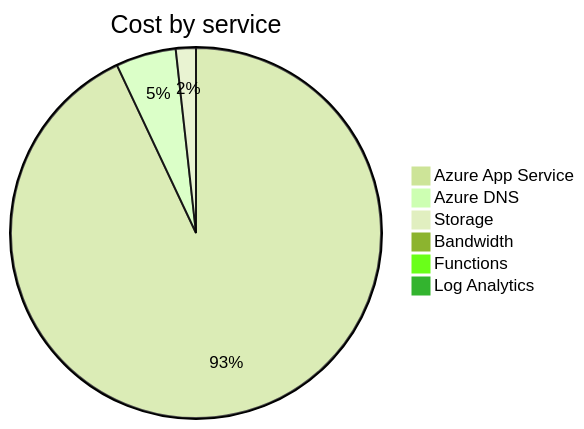
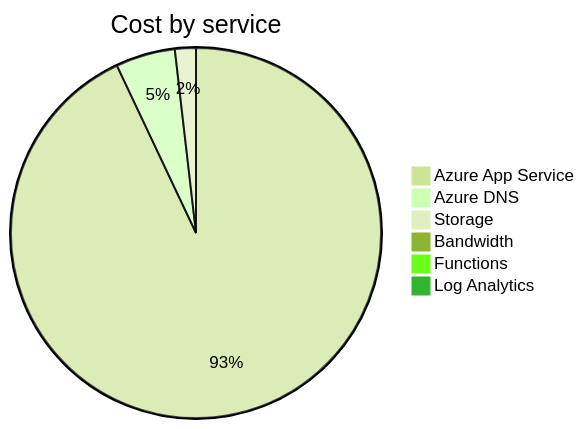
Before and after one commit to jpfulton/azure-personal-reports: the second of 4 diagrams in cost-reports/accumulated-cost.md, drawn with Mermaid (forest theme). The commit also changed other lines of this file and 4 other files, not shown here.

````diff
--- a/cost-reports/accumulated-cost.md
+++ b/cost-reports/accumulated-cost.md
@@ -100,10 +100,10 @@
 ```mermaid
 pie
    title Cost by service
-   "Azure App Service" : 5.84
-   "Azure DNS" : 0.33
-   "Storage" : 0.11
+   "Azure App Service" : 6.09
+   "Azure DNS" : 0.34
+   "Storage" : 0.12
    "Bandwidth" : 0.00
    "Functions" : 0.00
    "Log Analytics" : 0.00
 ```
````
